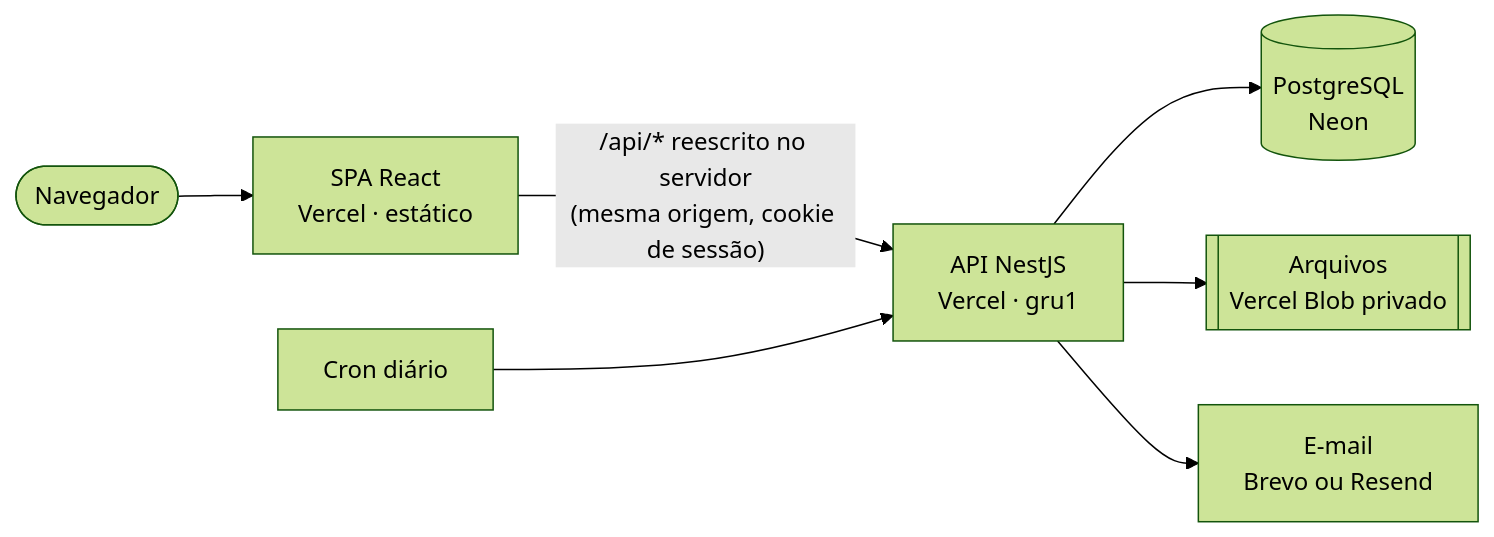
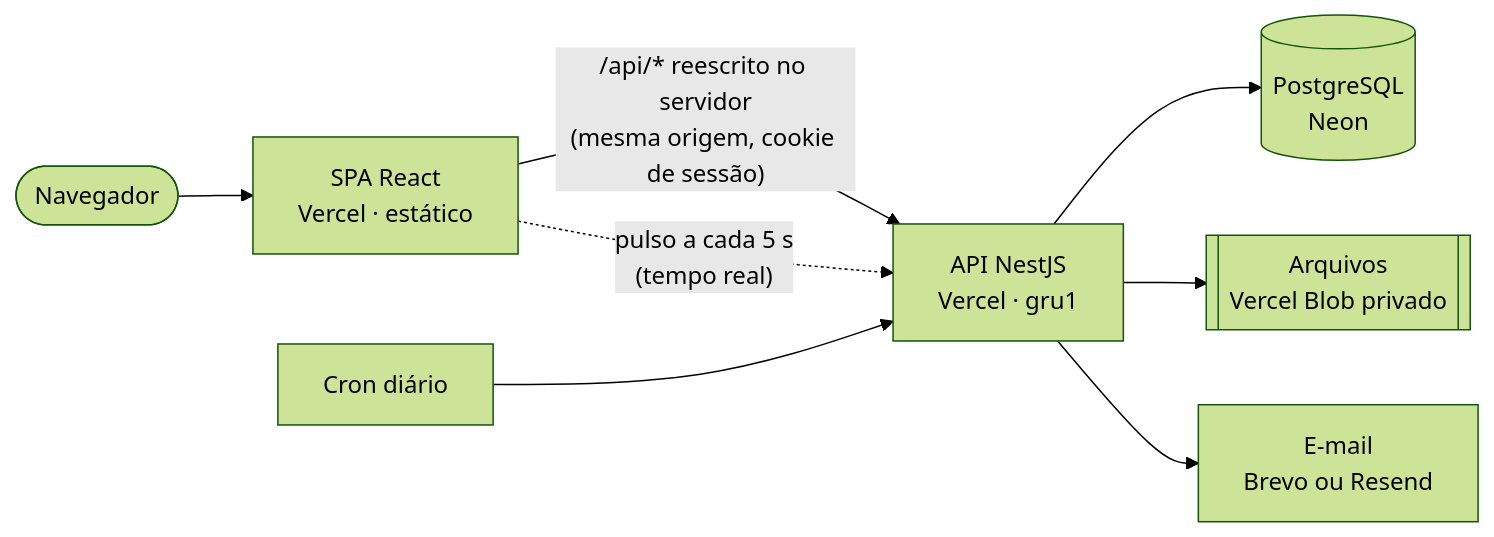
Before and after one commit to leonardobrrs/ridersync: the third of 3 diagrams in README.md, drawn with Mermaid (forest theme). The commit also changed other lines of this file and 42 other files, not shown here.

````diff
--- a/README.md
+++ b/README.md
@@ -193,9 +202,10 @@
 ```mermaid
 flowchart LR
   U([Navegador]) --> F[SPA React<br/>Vercel · estático]
   F -- "/api/* reescrito no servidor<br/>(mesma origem, cookie de sessão)" --> A[API NestJS<br/>Vercel · gru1]
   A --> DB[(PostgreSQL<br/>Neon)]
   A --> BL[[Arquivos<br/>Vercel Blob privado]]
   A --> M[E-mail<br/>Brevo ou Resend]
+  F -. "pulso a cada 5 s<br/>(tempo real)" .-> A
   CR[Cron diário] --> A
 ```
````
